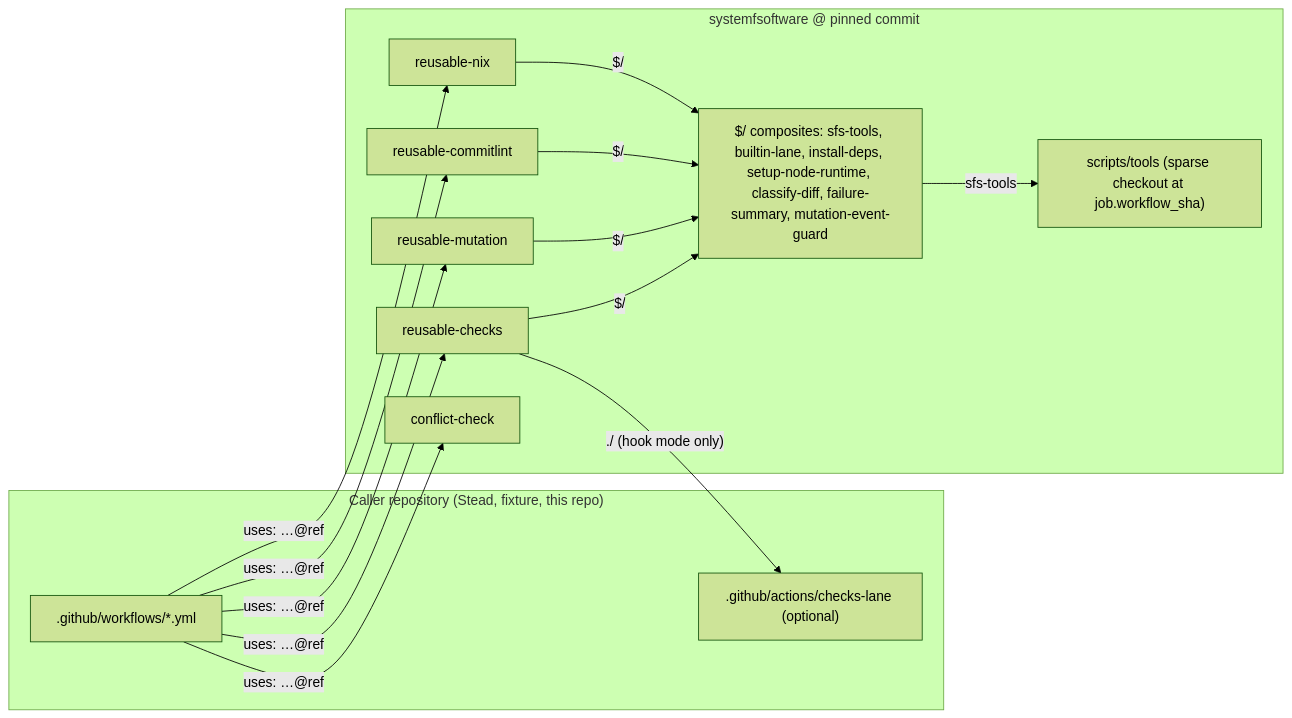
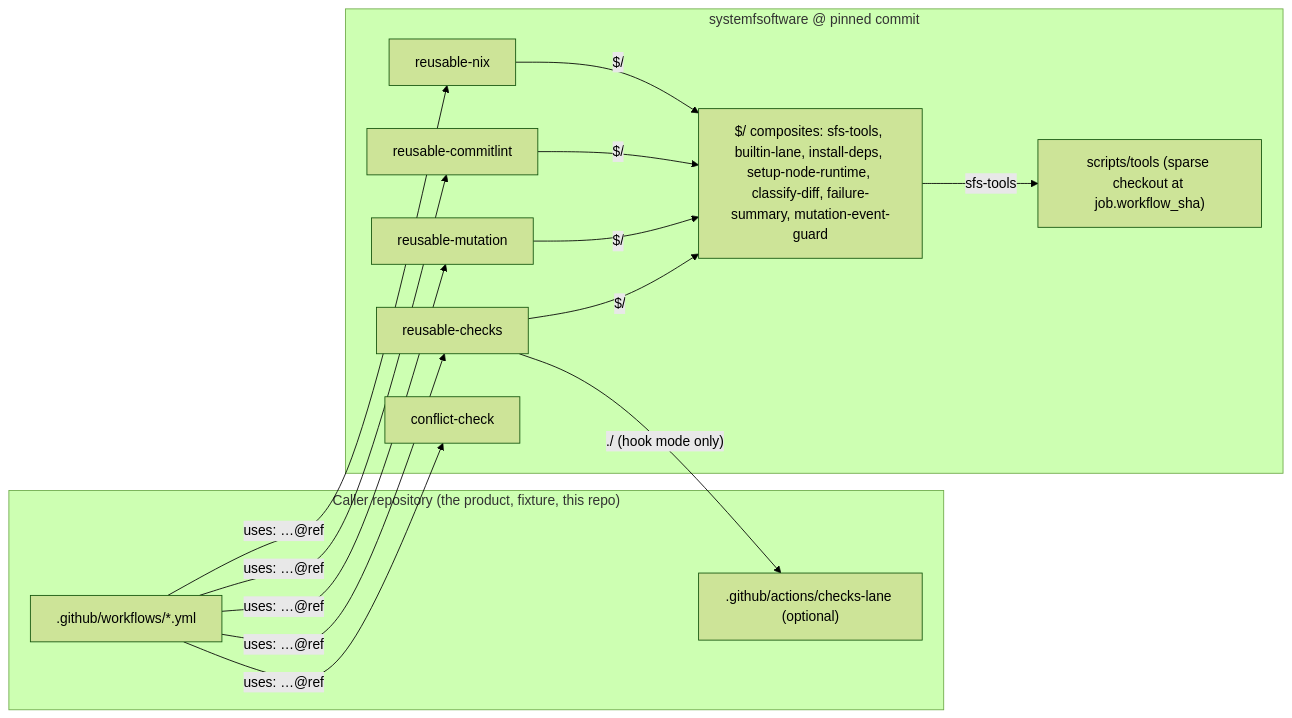
The first of 2 diagrams in docs/plans/2026-10-10-0734-ci-drop-in-reusable-workflows-plan.md (systemfsoftware/systemfsoftware), drawn with Mermaid (forest theme) before and after one commit. The commit also changed other lines of this file and 4 other files, not shown here.

````diff
--- a/docs/plans/2026-10-10-0734-ci-drop-in-reusable-workflows-plan.md
+++ b/docs/plans/2026-10-10-0734-ci-drop-in-reusable-workflows-plan.md
@@ -183,20 +183,20 @@
 ```mermaid
 flowchart LR
-  subgraph Caller["Caller repository (Stead, fixture, this repo)"]
+  subgraph Caller["Caller repository (the product, fixture, this repo)"]
     CW[".github/workflows/*.yml"]
     HOOK[".github/actions/checks-lane (optional)"]
   end
   subgraph SFS["systemfsoftware @ pinned commit"]
     RC["reusable-checks"]
     RM["reusable-mutation"]
     RL["reusable-commitlint"]
     RN["reusable-nix"]
     CC["conflict-check"]
     A["$/ composites: sfs-tools, builtin-lane, install-deps, setup-node-runtime, classify-diff, failure-summary, mutation-event-guard"]
     T["scripts/tools (sparse checkout at job.workflow_sha)"]
   end
   CW -->|"uses: …@ref"| RC & RM & RL & RN & CC
   RC -->|"./ (hook mode only)"| HOOK
   RC & RM & RL & RN -->|"$/"| A
   A -->|"sfs-tools"| T
 ```
````
